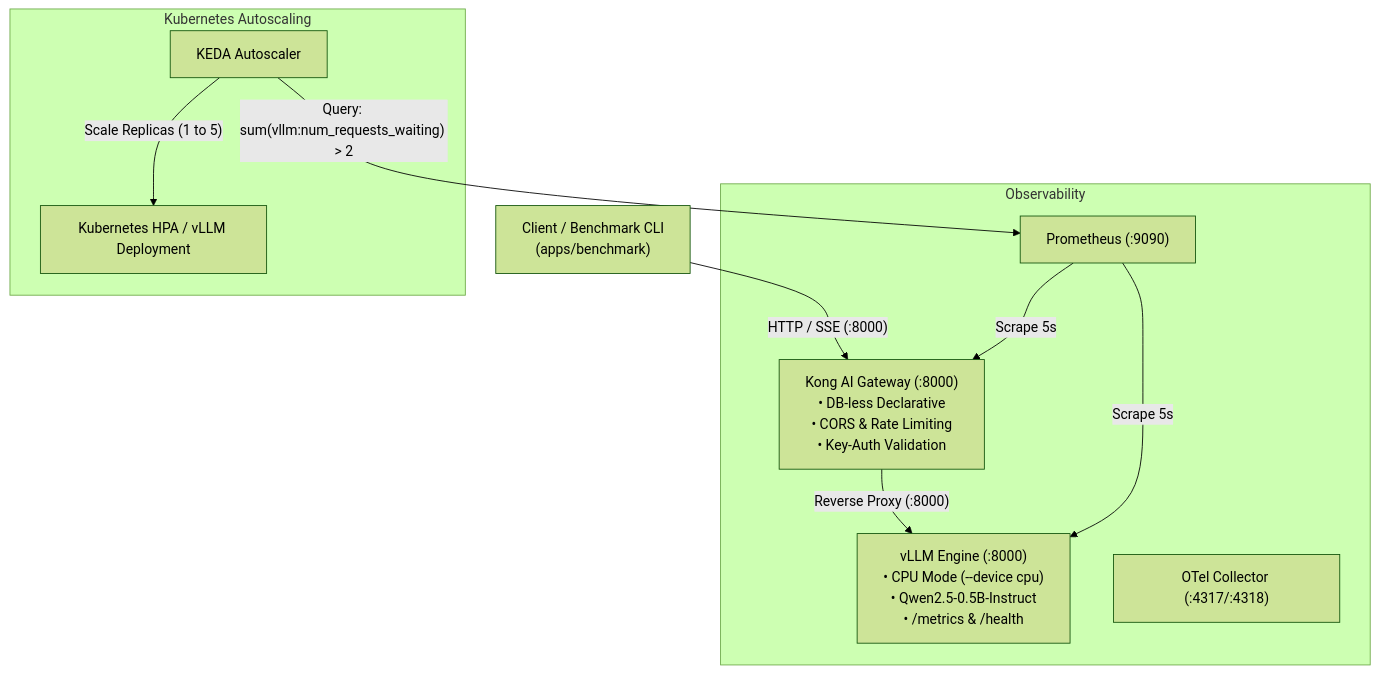
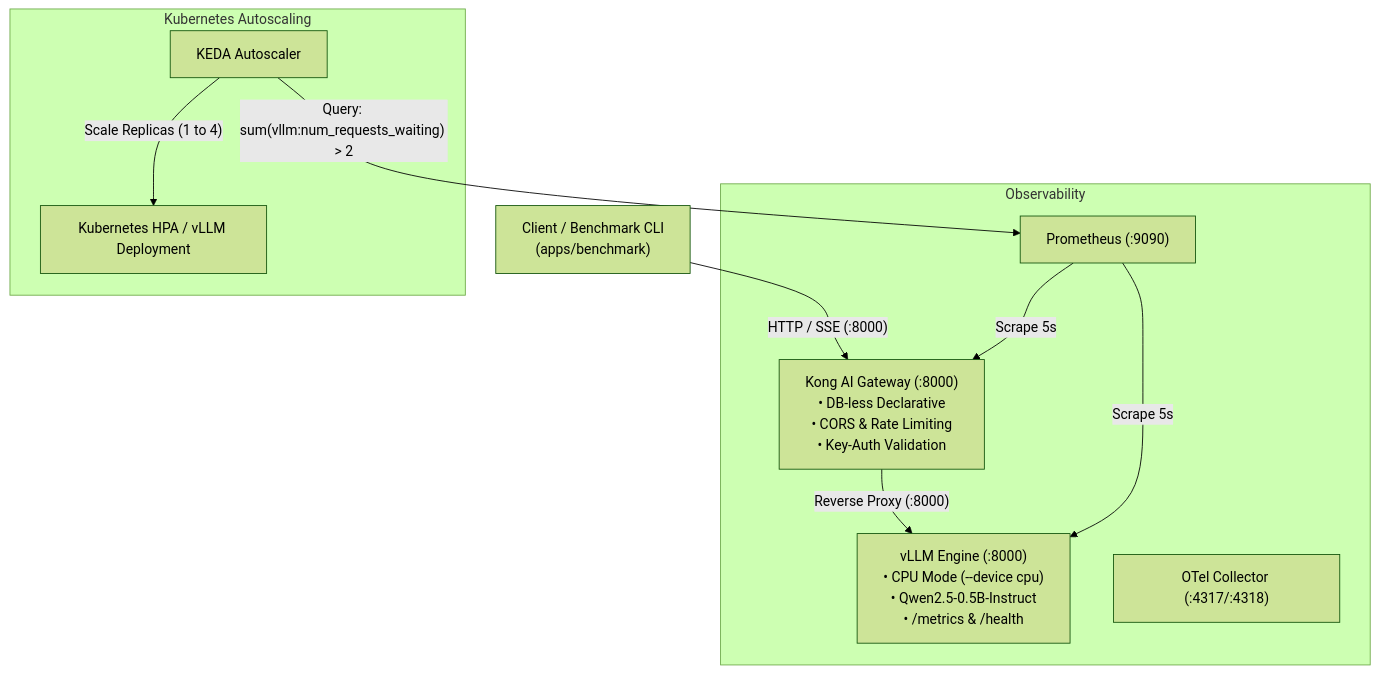
Before and after one commit to victorbecerragit/vllm-inference-platform: the diagram in README.md, drawn with Mermaid (forest theme). The commit also changed other lines of this file and 25 other files, not shown here.

````diff
--- a/README.md
+++ b/README.md
@@ -9,16 +9,16 @@
 ```mermaid
 flowchart TD
     Client["Client / Benchmark CLI<br/>(apps/benchmark)"] -->|"HTTP / SSE (:8000)"| Kong["Kong AI Gateway (:8000)<br/>• DB-less Declarative<br/>• CORS & Rate Limiting<br/>• Key-Auth Validation"]
     Kong -->|"Reverse Proxy (:8000)"| vLLM["vLLM Engine (:8000)<br/>• CPU Mode (--device cpu)<br/>• Qwen2.5-0.5B-Instruct<br/>• /metrics & /health"]
     
     subgraph Observability
         Prometheus["Prometheus (:9090)"] -->|"Scrape 5s"| vLLM
         Prometheus -->|"Scrape 5s"| Kong
         OTel["OTel Collector (:4317/:4318)"]
     end
     
     subgraph Kubernetes Autoscaling
         KEDA["KEDA Autoscaler"] -->|"Query: sum(vllm:num_requests_waiting) > 2"| Prometheus
-        KEDA -->|"Scale Replicas (1 to 5)"| HPA["Kubernetes HPA / vLLM Deployment"]
+        KEDA -->|"Scale Replicas (1 to 4)"| HPA["Kubernetes HPA / vLLM Deployment"]
     end
 ```
````
